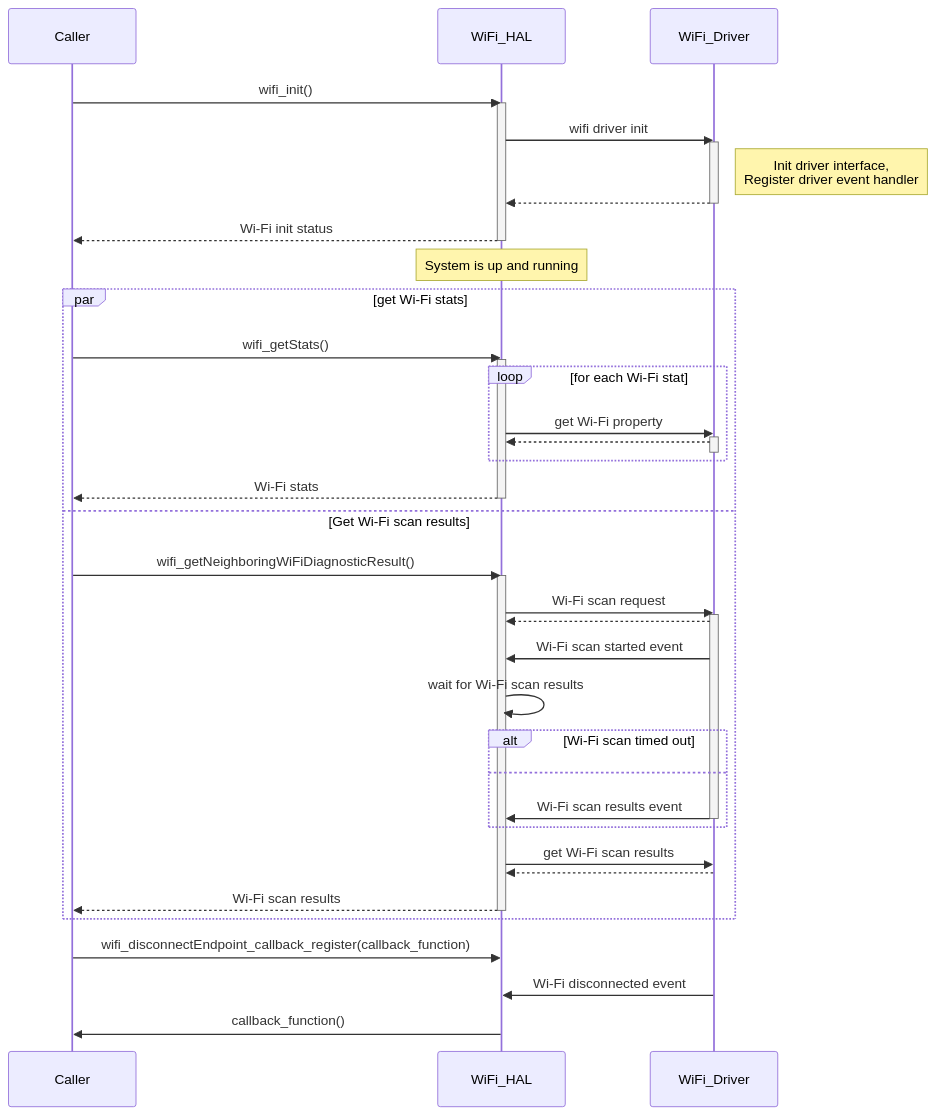
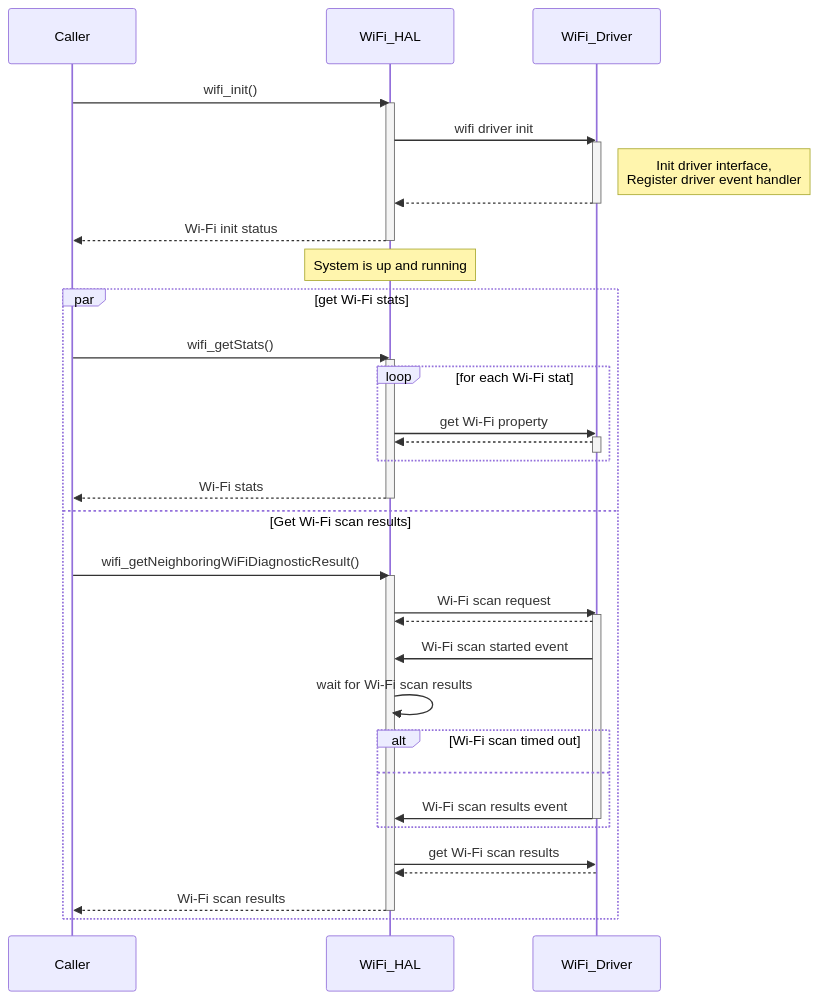
Before and after one commit to rdkcentral/rdkv-halif-wifi: the second of 3 diagrams in docs/pages/halSpec.md, drawn with Mermaid. The commit also changed other lines of this file, not shown here.

Commit message:
RDK-36874: Added sequence diagram showing asynchronous notifications

````diff
--- a/docs/pages/halSpec.md
+++ b/docs/pages/halSpec.md
@@ -221,50 +221,47 @@
 ```mermaid
 sequenceDiagram
     participant Caller
     participant WiFi_HAL
     participant WiFi_Driver
 
 
     Caller->>WiFi_HAL: wifi_init()
     activate WiFi_HAL
     WiFi_HAL->>WiFi_Driver: wifi driver init
     activate WiFi_Driver
     Note right of WiFi_Driver: Init driver interface,<br/>Register driver event handler
     WiFi_Driver-->>WiFi_HAL: 
     deactivate WiFi_Driver
     WiFi_HAL-->>Caller: Wi-Fi init status
     deactivate WiFi_HAL
     Note over WiFi_HAL: System is up and running
     par get Wi-Fi stats
     Caller->>WiFi_HAL: wifi_getStats()
     activate WiFi_HAL
     loop for each Wi-Fi stat
     WiFi_HAL->>WiFi_Driver: get Wi-Fi property
     activate WiFi_Driver
     WiFi_Driver-->>WiFi_HAL: 
     deactivate WiFi_Driver
     end
     WiFi_HAL-->>Caller: Wi-Fi stats
     deactivate WiFi_HAL
     and Get Wi-Fi scan results
     Caller->>WiFi_HAL: wifi_getNeighboringWiFiDiagnosticResult()
     activate WiFi_HAL
     WiFi_HAL->>WiFi_Driver: Wi-Fi scan request
     activate WiFi_Driver
     WiFi_Driver-->>WiFi_HAL: 
     WiFi_Driver->>WiFi_HAL: Wi-Fi scan started event
     WiFi_HAL->>WiFi_HAL: wait for Wi-Fi scan results
     alt Wi-Fi scan timed out
     else
     WiFi_Driver->>WiFi_HAL: Wi-Fi scan results event
     deactivate WiFi_Driver
     end
     WiFi_HAL->>WiFi_Driver: get Wi-Fi scan results
     WiFi_Driver-->>WiFi_HAL: 
     WiFi_HAL-->>Caller: Wi-Fi scan results
     deactivate WiFi_HAL
     end
-    Caller->>WiFi_HAL: wifi_disconnectEndpoint_callback_register(callback_function)
-    WiFi_Driver->>WiFi_HAL: Wi-Fi disconnected event
-    WiFi_HAL->>Caller: callback_function()
 ```
````
